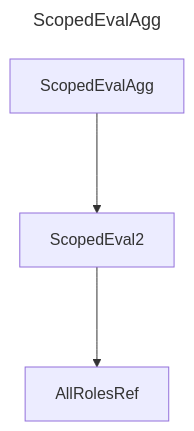
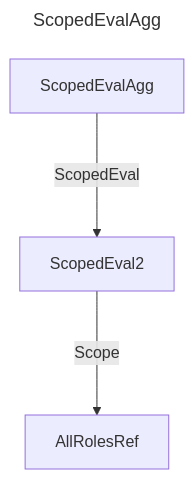
The diagram in docs/docs/layout/erd/ScopedEvalAgg.md (douglassimonsen/pbi_core), drawn with Mermaid before and after one commit. The commit also changed 77 other files, not shown here.

Commit message:
Updated to color code the layout ERD

````diff
--- a/docs/docs/layout/erd/ScopedEvalAgg.md
+++ b/docs/docs/layout/erd/ScopedEvalAgg.md
@@ -1,11 +1,11 @@
 ```mermaid
 ---
 title: ScopedEvalAgg
 ---
 graph 
-2721642017936["ScopedEval2"]
-2721642007200["ScopedEvalAgg"]
-2721642001344["AllRolesRef"]
-2721642007200 ---> 2721642017936
-2721642017936 ---> 2721642001344
+2430071362896["AllRolesRef"]
+2430071369728["ScopedEval2"]
+2430071371680["ScopedEvalAgg"]
+2430071371680 --->|ScopedEval| 2430071369728
+2430071369728 --->|Scope| 2430071362896
 ```
````
